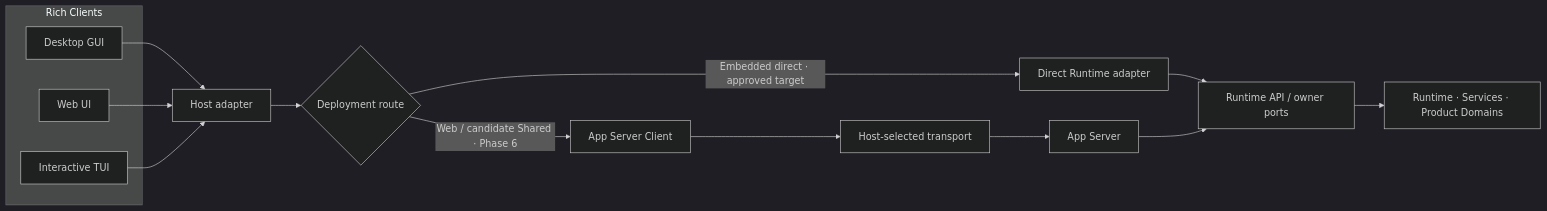
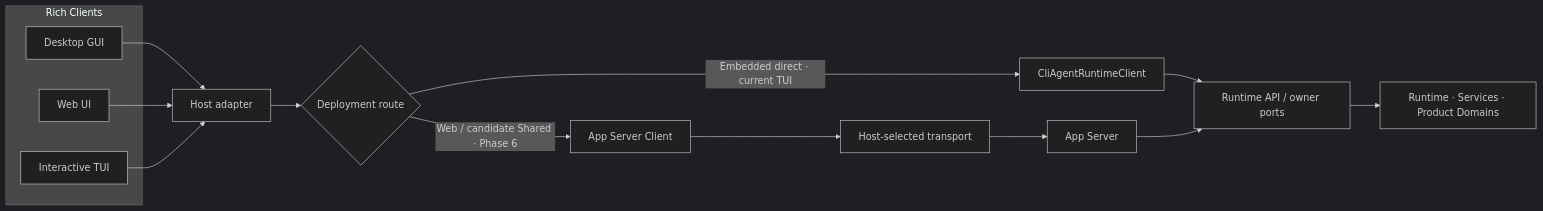
One commit to GCWing/BitFun changed the first of 2 diagrams in docs/architecture/app-server-architecture.md. Above: the diagram before and after it, drawn with Mermaid (dark theme). The commit also changed other lines of this file and 181 other files, not shown here.

First line of the commit message:
refactor(cli): use direct runtime for embedded TUI

````diff
--- a/docs/architecture/app-server-architecture.md
+++ b/docs/architecture/app-server-architecture.md
@@ -152,20 +153,20 @@
 ```mermaid
 flowchart LR
   subgraph Clients["Rich Clients"]
     GUI["Desktop GUI"]
     Web["Web UI"]
     TUI["Interactive TUI"]
   end
 
   GUI --> Host["Host adapter"]
   Web --> Host
   TUI --> Host
   Host --> Route{"Deployment route"}
-  Route -->|"Embedded direct · approved target"| Direct["Direct Runtime adapter"]
+  Route -->|"Embedded direct · current TUI"| Direct["CliAgentRuntimeClient"]
   Route -->|"Web / candidate Shared · Phase 6"| Client["App Server Client"]
   Client --> Transport["Host-selected transport"]
   Transport --> Server["App Server"]
   Direct --> API["Runtime API / owner ports"]
   Server --> API
   API --> Owners["Runtime · Services · Product Domains"]
 ```
````
